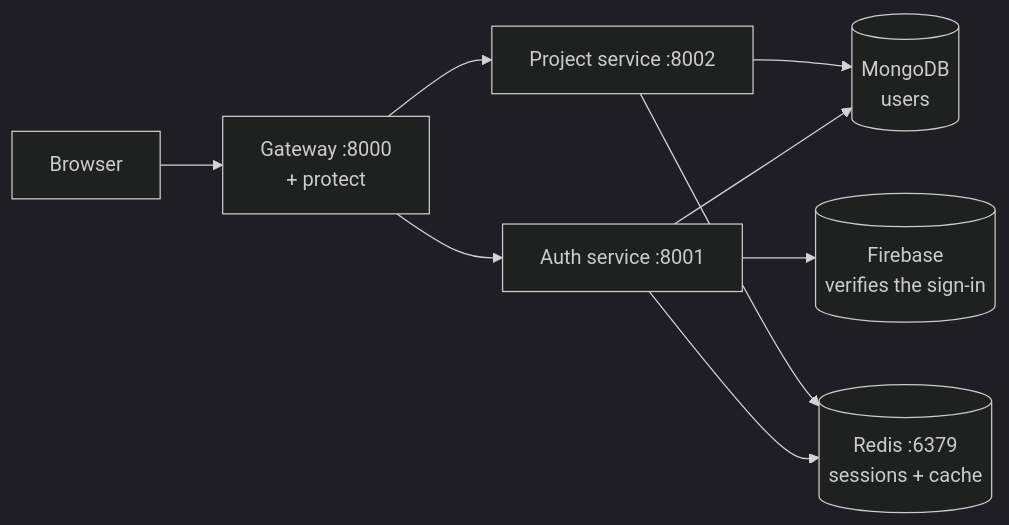
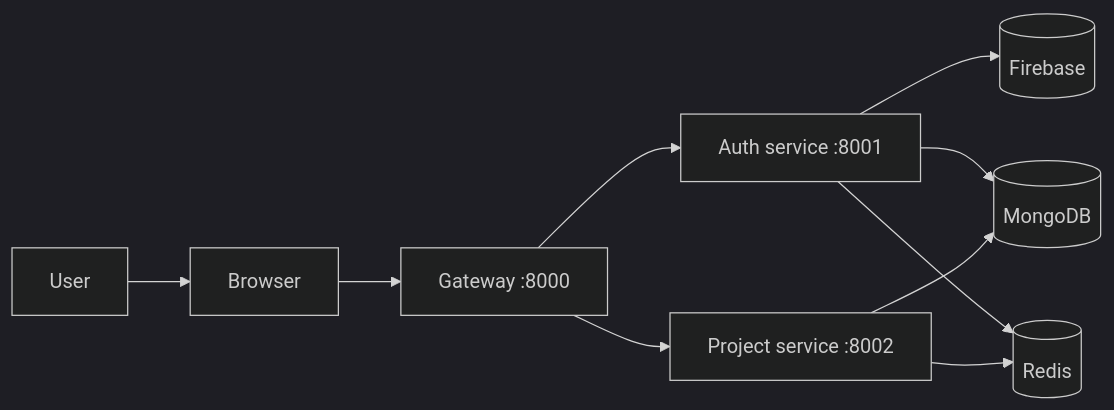
One commit to yamanhassan1/NexPulse changed the diagram in docs/README.md. Above: the diagram before and after it, drawn with Mermaid (dark theme). The commit also changed other lines of this file and 7 other files, not shown here.

Commit message:
Refactor project service documentation for clarity and structure; update frontend README for improved flow and organization; revise getting started guide for better setup instructions and troubleshooting tips.

````diff
--- a/docs/README.md
+++ b/docs/README.md
@@ -21,11 +15,12 @@
 ```mermaid
 flowchart LR
-    B[Browser] --> G["Gateway :8000<br>+ protect"]
-    G --> A["Auth service :8001"]
-    G --> P["Project service :8002"]
-    A --> M[("MongoDB<br>users")]
+    U[User] --> B[Browser]
+    B --> G[Gateway :8000]
+    G --> A[Auth service :8001]
+    G --> P[Project service :8002]
+    A --> F[(Firebase)]
+    A --> M[(MongoDB)]
+    A --> R[(Redis)]
     P --> M
-    A --> R[("Redis :6379<br>sessions + cache")]
     P --> R
-    A --> F[("Firebase<br>verifies the sign-in")]
 ```
````
